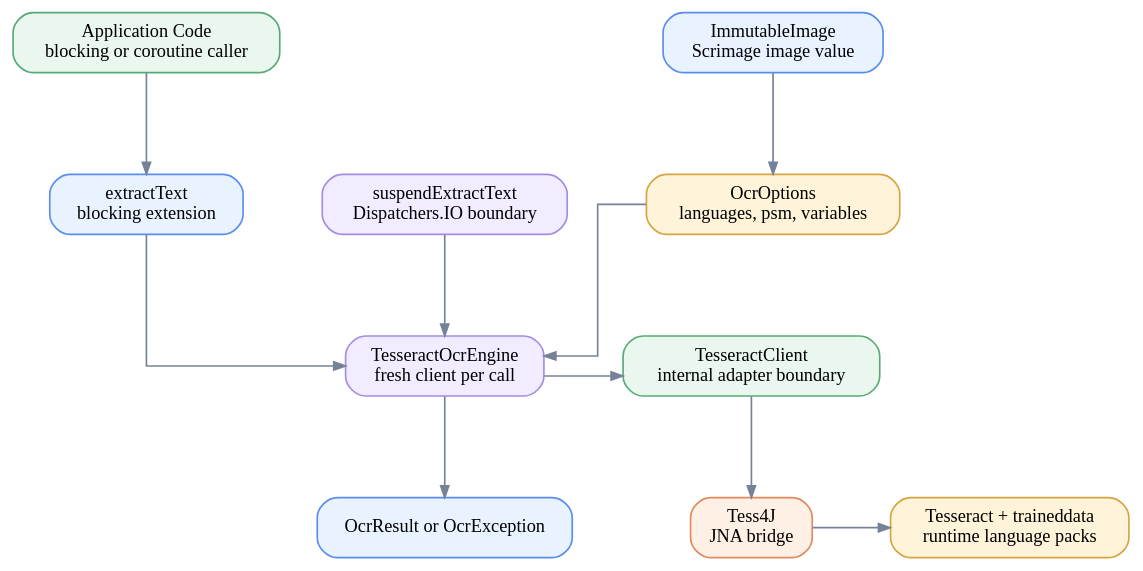
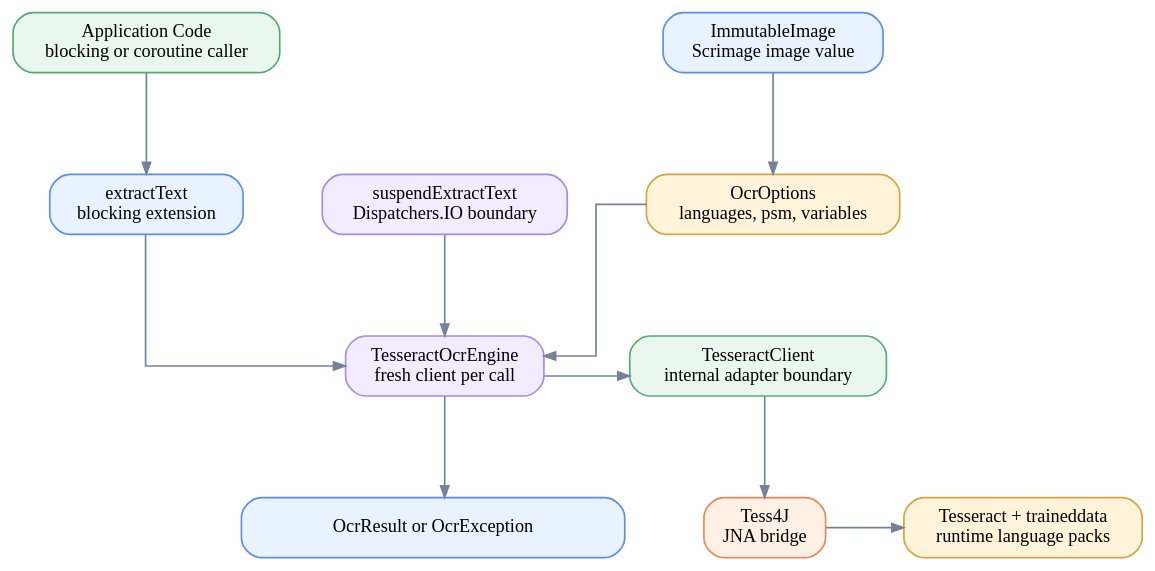
The diagram in images-ocr/docs/assets/readme-diagrams/images-ocr-architecture-01.dot (bluetape4k/bluetape4k-image), drawn with Graphviz before and after one commit. The commit also changed 7 other files, not shown here.

First line of the commit message:
docs: repair OCR architecture diagram route

```diff
--- a/images-ocr/docs/assets/readme-diagrams/images-ocr-architecture-01.dot
+++ b/images-ocr/docs/assets/readme-diagrams/images-ocr-architecture-01.dot
@@ -1,31 +1,31 @@
 digraph G {
   graph [rankdir=TB, bgcolor="transparent", nodesep=0.65, ranksep=0.85, splines=ortho]
   node [shape=box, style="rounded,filled", fontname="Comic Mono", fontsize=11, margin="0.12,0.08"]
   edge [color="#758297", arrowsize=0.7]
 
   app [label="Application Code\nblocking or coroutine caller", fillcolor="#EAF7EF", color="#58A978"]
   image [label="ImmutableImage\nScrimage image value", fillcolor="#E8F3FF", color="#5B8DEF"]
   extract [label="extractText\nblocking extension", fillcolor="#E8F3FF", color="#5B8DEF"]
   suspend [label="suspendExtractText\nDispatchers.IO boundary", fillcolor="#F1ECFF", color="#A58BE3"]
   options [label="OcrOptions\nlanguages, psm, variables", fillcolor="#FFF3D9", color="#D6A441"]
   engine [label="TesseractOcrEngine\nfresh client per call", fillcolor="#F1ECFF", color="#A58BE3"]
   client [label="TesseractClient\ninternal adapter boundary", fillcolor="#EAF7EF", color="#58A978"]
   tess4j [label="Tess4J\nJNA bridge", fillcolor="#FFF0E6", color="#E28A5D"]
   native [label="Tesseract + traineddata\nruntime language packs", fillcolor="#FFF3D9", color="#D6A441"]
-  result [label="OcrResult or OcrException", fillcolor="#E8F3FF", color="#5B8DEF"]
+  result [label="OcrResult or OcrException", width=3.2, fillcolor="#E8F3FF", color="#5B8DEF"]
 
   { rank=same; app; image }
   { rank=same; extract; suspend; options }
   { rank=same; engine; client }
   { rank=same; tess4j; native }
 
   app -> extract
   image -> options
   extract -> engine
   suspend -> engine
   options -> engine
   engine -> client
   client -> tess4j
   tess4j -> native
   engine -> result
 }
```
